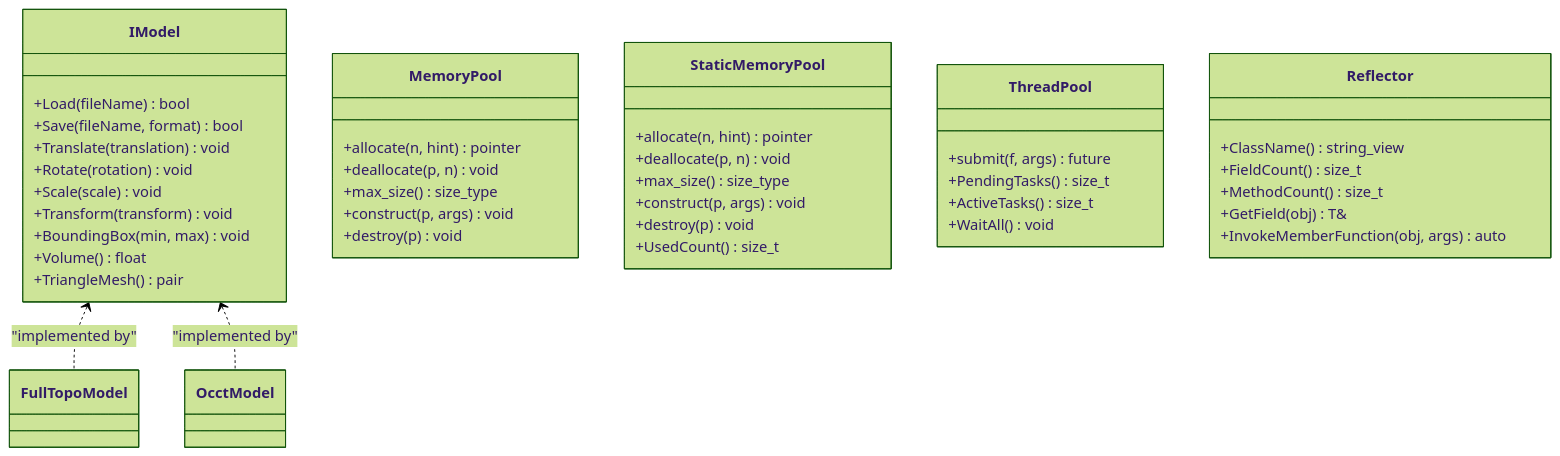
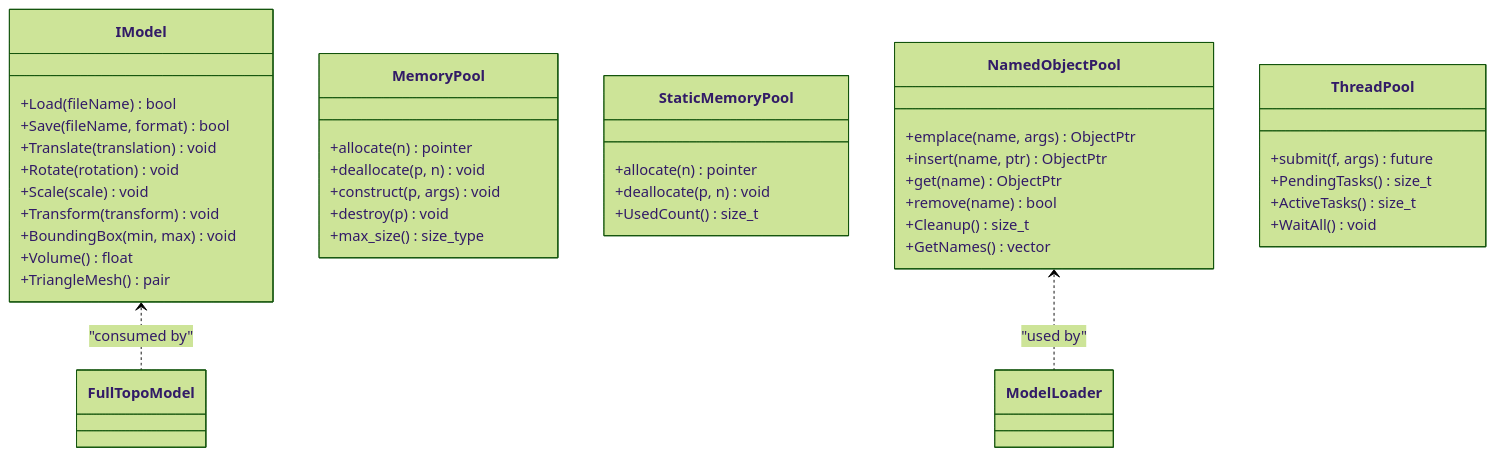
The third of 8 diagrams in .qoder/repowiki/en/content/Core Modules/Core Modules.md (hsmbanlance/HsBaSlicer), drawn with Mermaid (forest theme) before and after one commit. The commit also changed other lines of this file and 1095 other files, not shown here.

````diff
--- a/.qoder/repowiki/en/content/Core Modules/Core Modules.md
+++ b/.qoder/repowiki/en/content/Core Modules/Core Modules.md
@@ -209,44 +190,42 @@
 ```mermaid
 classDiagram
 class IModel {
 +Load(fileName) bool
 +Save(fileName, format) bool
 +Translate(translation) void
 +Rotate(rotation) void
 +Scale(scale) void
 +Transform(transform) void
 +BoundingBox(min, max) void
 +Volume() float
 +TriangleMesh() pair
 }
 class MemoryPool {
-+allocate(n, hint) pointer
++allocate(n) pointer
 +deallocate(p, n) void
-+max_size() size_type
 +construct(p, args) void
 +destroy(p) void
++max_size() size_type
 }
 class StaticMemoryPool {
-+allocate(n, hint) pointer
++allocate(n) pointer
 +deallocate(p, n) void
-+max_size() size_type
-+construct(p, args) void
-+destroy(p) void
 +UsedCount() size_t
+}
+class NamedObjectPool {
++emplace(name, args) ObjectPtr
++insert(name, ptr) ObjectPtr
++get(name) ObjectPtr
++remove(name) bool
++Cleanup() size_t
++GetNames() vector
 }
 class ThreadPool {
 +submit(f, args) future
 +PendingTasks() size_t
 +ActiveTasks() size_t
 +WaitAll() void
 }
-class Reflector {
-+ClassName() string_view
-+FieldCount() size_t
-+MethodCount() size_t
-+GetField(obj) T&
-+InvokeMemberFunction(obj, args) auto
-}
-IModel <.. FullTopoModel : "implemented by"
-IModel <.. OcctModel : "implemented by"
+IModel <.. FullTopoModel : "consumed by"
+NamedObjectPool <.. ModelLoader : "used by"
 ```
````
